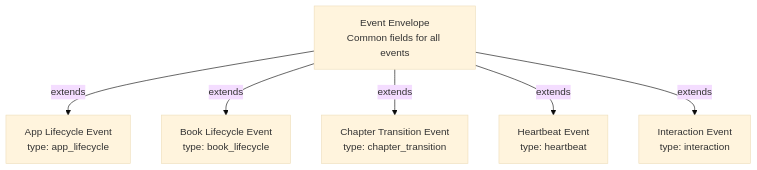
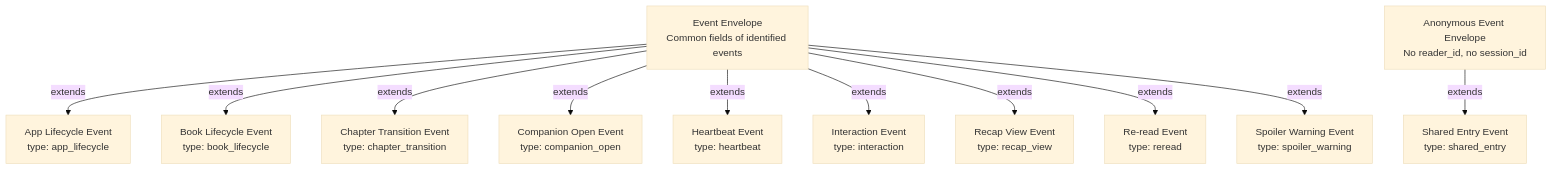
One commit to bookmanifest/schemas changed the diagram in docs/diagrams/event-hierarchy.mmd. Above: the diagram before and after it, drawn with Mermaid (base theme). The commit also changed 171 other files, not shown here.

```diff
--- a/docs/diagrams/event-hierarchy.mmd
+++ b/docs/diagrams/event-hierarchy.mmd
@@ -1,17 +1,28 @@
 flowchart TD
     %% Book Manifest Event Hierarchy
 
-    Envelope["Event Envelope\nCommon fields for all events"]
+    Envelope["Event Envelope\nCommon fields of identified events"]
+    AnonymousEnvelope["Anonymous Event Envelope\nNo reader_id, no session_id"]
 
     Envelope -->|"extends"| app_lifecycle["App Lifecycle Event\ntype: app_lifecycle"]
     Envelope -->|"extends"| book_lifecycle["Book Lifecycle Event\ntype: book_lifecycle"]
     Envelope -->|"extends"| chapter_transition["Chapter Transition Event\ntype: chapter_transition"]
+    Envelope -->|"extends"| companion_open["Companion Open Event\ntype: companion_open"]
     Envelope -->|"extends"| heartbeat["Heartbeat Event\ntype: heartbeat"]
     Envelope -->|"extends"| interaction["Interaction Event\ntype: interaction"]
+    Envelope -->|"extends"| recap_view["Recap View Event\ntype: recap_view"]
+    Envelope -->|"extends"| reread["Re-read Event\ntype: reread"]
+    AnonymousEnvelope -->|"extends"| shared_entry["Shared Entry Event\ntype: shared_entry"]
+    Envelope -->|"extends"| spoiler_warning["Spoiler Warning Event\ntype: spoiler_warning"]
 
     %% Event Types
     %% app-lifecycle: App state changes (open, background, foreground, close)
     %% book-lifecycle: Major milestones in book reading (started, completed)
     %% chapter-transition: Fired when the user moves between chapters
+    %% companion-open: The reader opened a reading-companion surface (who is who, an entity card, the spoiler-safe map) at a position. Says where readers look for help and about whom; never what they typed or searched.
     %% heartbeat: Periodic reading activity tracking
     %% interaction: User interactions with content (highlights, annotations, etc.)
+    %% recap-view: The «what happened» recap (a few lines of the story up to where the reader stopped) was offered, viewed or dismissed. The gap since the last reading is sent as a coarse bucket.
+    %% reread: The reader went back to an earlier paragraph and stayed there: the destination of a backward jump. Carries two positions and how the reader got there, nothing else. The origin is the context chapter plus `from_node_id`; the destination may be in another chapter.
+    %% shared-entry: Entry into the book through a shared paragraph link, and whether that entry later leads to starting the book from its beginning. The device keeps the entry paragraph locally and joins arrival and start itself, so the server never links two events of one reader: it counts `arrived` and `began_from_start` per entry paragraph and divides. No reader id, session id, referrer, share token, sharer or channel is sent (anonymous envelope). Each stage is sent at most once per entry per device.
+    %% spoiler-warning: Before sharing or copying the link of a paragraph that is the reveal of a public key truth, the reader saw a warning and accepted or cancelled. Which truths it reveals is known from the narrative layer and is not sent.
```
